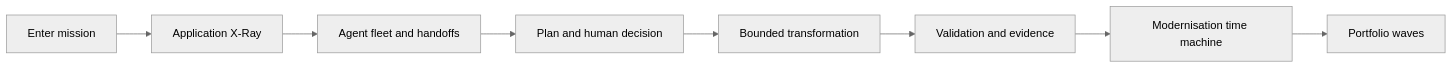
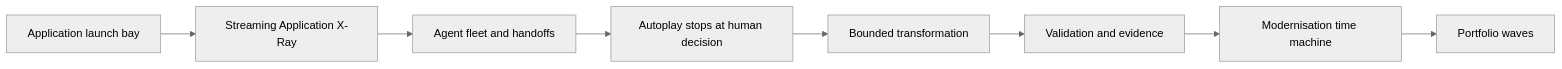
One commit to ravi0130/CopilotWith-RVAS changed the first of 2 diagrams in docs/ARCHITECTURE.md. Above: the diagram before and after it, drawn with Mermaid (neutral theme). The commit also changed other lines of this file and 5 other files, not shown here.

````diff
--- a/docs/ARCHITECTURE.md
+++ b/docs/ARCHITECTURE.md
@@ -7,10 +7,10 @@
 ```mermaid
 flowchart LR
-    M[Enter mission] --> X[Application X-Ray]
+    M[Application launch bay] --> X[Streaming Application X-Ray]
     X --> A[Agent fleet and handoffs]
-    A --> P[Plan and human decision]
+    A --> P[Autoplay stops at human decision]
     P --> T[Bounded transformation]
     T --> E[Validation and evidence]
     E --> F[Modernisation time machine]
     F --> W[Portfolio waves]
 ```
````
